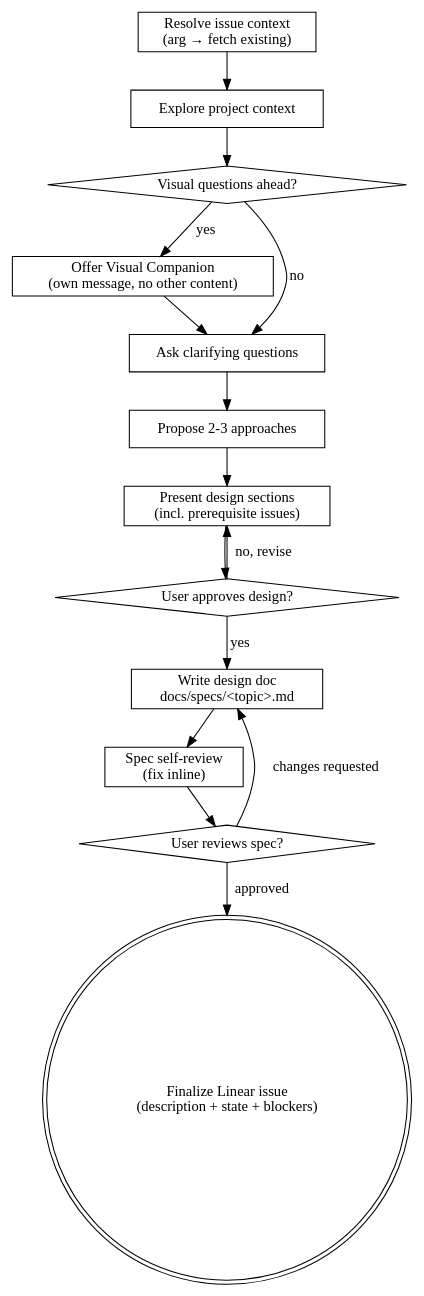
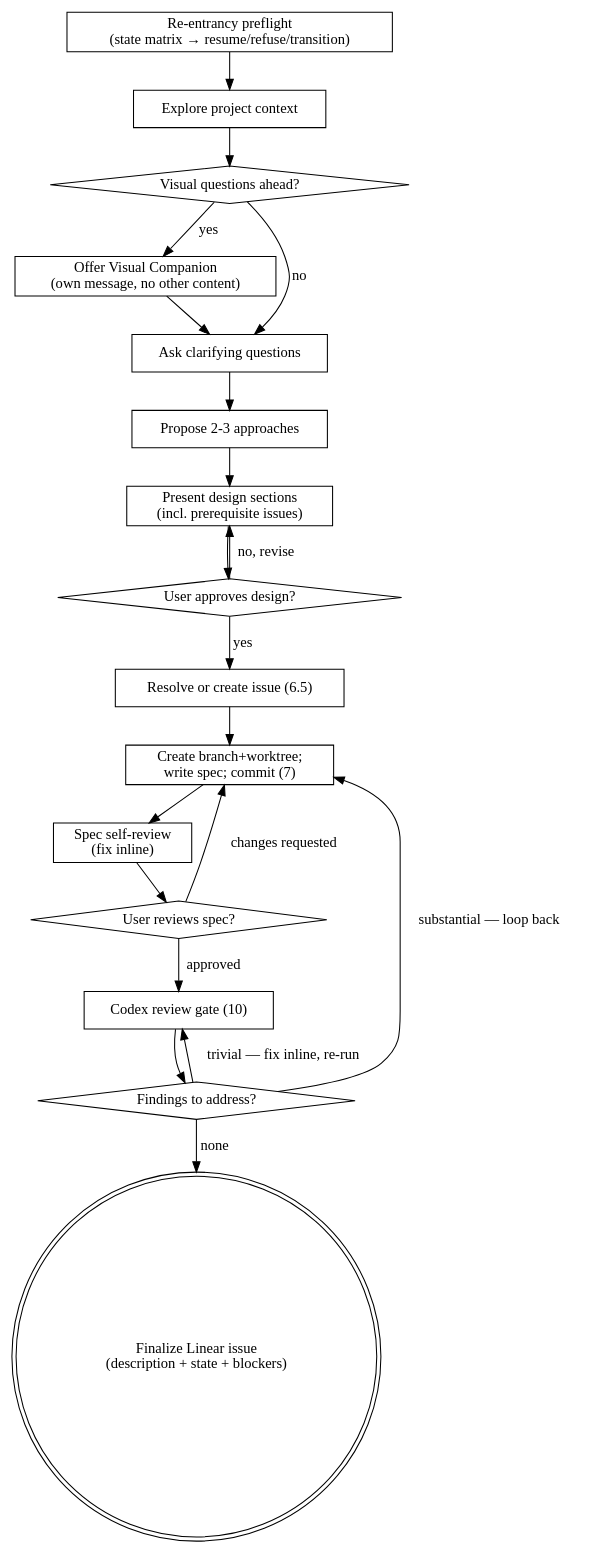
One commit to seankao31/sensible-ralph changed the diagram in skills/sr-spec/SKILL.md. Above: the diagram before and after it, drawn with Graphviz. The commit also changed other lines of this file and 8 other files, not shown here.

First line of the commit message:
docs(spec,design,usage): unify lifecycle on per-issue branch+worktree

````diff
--- a/skills/sr-spec/SKILL.md
+++ b/skills/sr-spec/SKILL.md
@@ -44,31 +48,39 @@
 ```dot
 digraph sr_spec {
-    "Resolve issue context\n(arg → fetch existing)" [shape=box];
+    "Re-entrancy preflight\n(state matrix → resume/refuse/transition)" [shape=box];
     "Explore project context" [shape=box];
     "Visual questions ahead?" [shape=diamond];
     "Offer Visual Companion\n(own message, no other content)" [shape=box];
     "Ask clarifying questions" [shape=box];
     "Propose 2-3 approaches" [shape=box];
     "Present design sections\n(incl. prerequisite issues)" [shape=box];
     "User approves design?" [shape=diamond];
-    "Write design doc\ndocs/specs/<topic>.md" [shape=box];
+    "Resolve or create issue (6.5)" [shape=box];
+    "Create branch+worktree;\nwrite spec; commit (7)" [shape=box];
     "Spec self-review\n(fix inline)" [shape=box];
     "User reviews spec?" [shape=diamond];
+    "Codex review gate (10)" [shape=box];
+    "Findings to address?" [shape=diamond];
     "Finalize Linear issue\n(description + state + blockers)" [shape=doublecircle];
 
-    "Resolve issue context\n(arg → fetch existing)" -> "Explore project context";
+    "Re-entrancy preflight\n(state matrix → resume/refuse/transition)" -> "Explore project context";
     "Explore project context" -> "Visual questions ahead?";
     "Visual questions ahead?" -> "Offer Visual Companion\n(own message, no other content)" [label="yes"];
     "Visual questions ahead?" -> "Ask clarifying questions" [label="no"];
     "Offer Visual Companion\n(own message, no other content)" -> "Ask clarifying questions";
     "Ask clarifying questions" -> "Propose 2-3 approaches";
     "Propose 2-3 approaches" -> "Present design sections\n(incl. prerequisite issues)";
     "Present design sections\n(incl. prerequisite issues)" -> "User approves design?";
     "User approves design?" -> "Present design sections\n(incl. prerequisite issues)" [label="no, revise"];
-    "User approves design?" -> "Write design doc\ndocs/specs/<topic>.md" [label="yes"];
-    "Write design doc\ndocs/specs/<topic>.md" -> "Spec self-review\n(fix inline)";
+    "User approves design?" -> "Resolve or create issue (6.5)" [label="yes"];
+    "Resolve or create issue (6.5)" -> "Create branch+worktree;\nwrite spec; commit (7)";
+    "Create branch+worktree;\nwrite spec; commit (7)" -> "Spec self-review\n(fix inline)";
     "Spec self-review\n(fix inline)" -> "User reviews spec?";
-    "User reviews spec?" -> "Write design doc\ndocs/specs/<topic>.md" [label="changes requested"];
-    "User reviews spec?" -> "Finalize Linear issue\n(description + state + blockers)" [label="approved"];
+    "User reviews spec?" -> "Create branch+worktree;\nwrite spec; commit (7)" [label="changes requested"];
+    "User reviews spec?" -> "Codex review gate (10)" [label="approved"];
+    "Codex review gate (10)" -> "Findings to address?";
+    "Findings to address?" -> "Create branch+worktree;\nwrite spec; commit (7)" [label="substantial — loop back"];
+    "Findings to address?" -> "Codex review gate (10)" [label="trivial — fix inline, re-run"];
+    "Findings to address?" -> "Finalize Linear issue\n(description + state + blockers)" [label="none"];
 }
 ```
````
